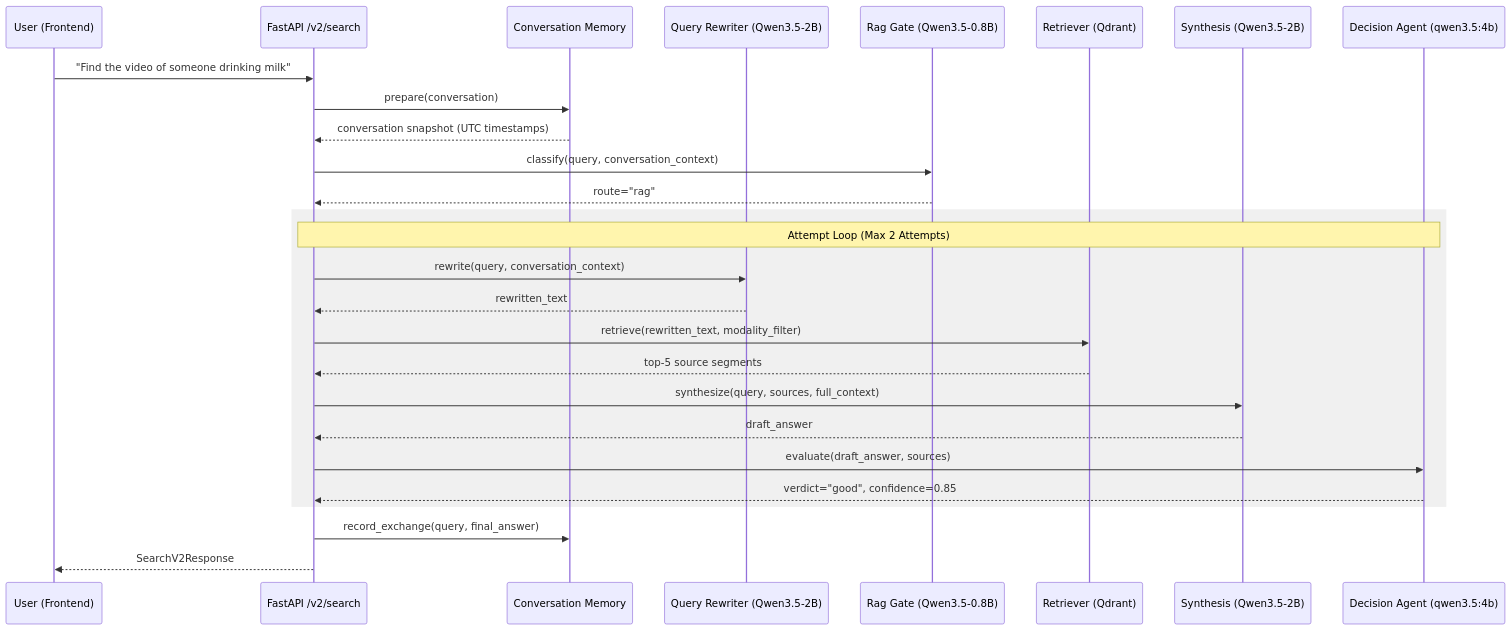
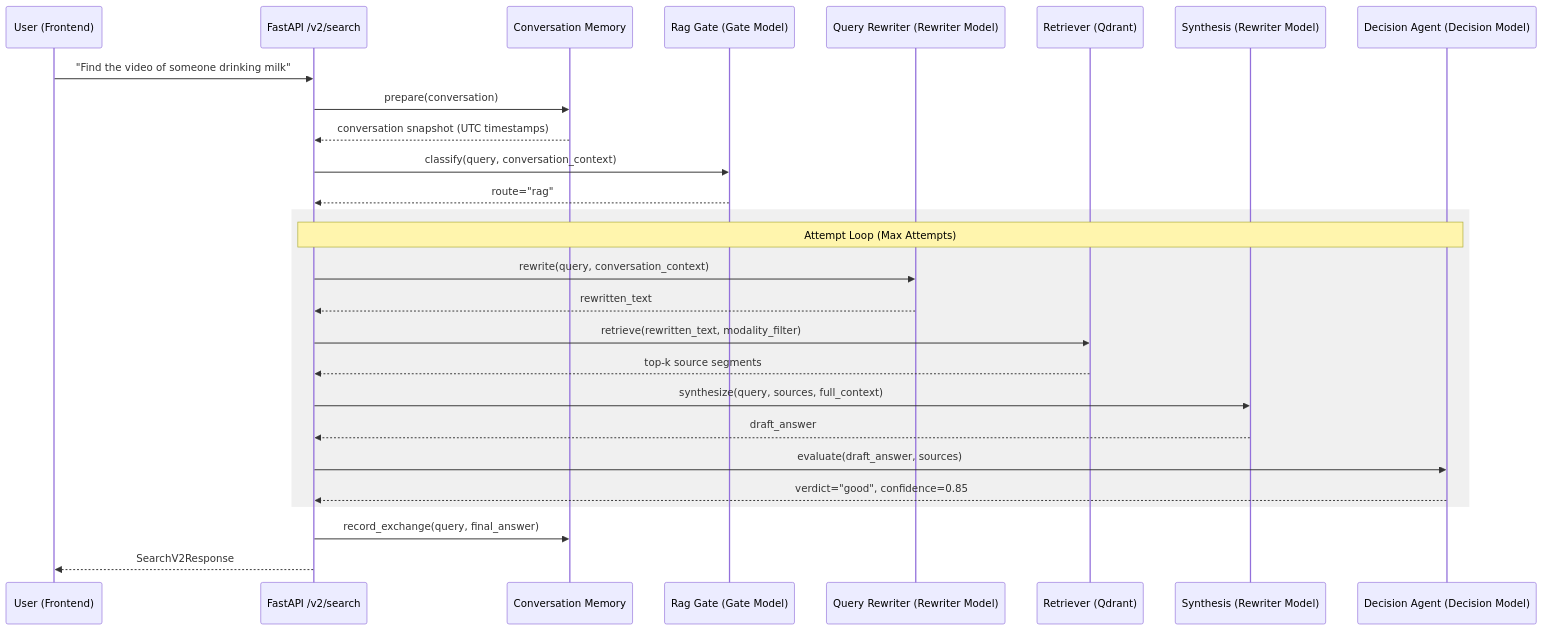
The sixth of 6 diagrams in docs/architecture/architecture.md (OmgItsAmmer/Scrutinize), drawn with Mermaid before and after one commit. The commit also changed other lines of this file and 10 other files, not shown here.

Commit message:
fix: context architectural flow fixed

````diff
--- a/docs/architecture/architecture.md
+++ b/docs/architecture/architecture.md
@@ -184,32 +230,32 @@
 ```mermaid
 sequenceDiagram
     participant U as User (Frontend)
     participant API as FastAPI /v2/search
     participant MEM as Conversation Memory
-    participant RW as Query Rewriter (Qwen3.5-2B)
-    participant G as Rag Gate (Qwen3.5-0.8B)
+    participant G as Rag Gate (Gate Model)
+    participant RW as Query Rewriter (Rewriter Model)
     participant R as Retriever (Qdrant)
-    participant S as Synthesis (Qwen3.5-2B)
-    participant D as Decision Agent (qwen3.5:4b)
+    participant S as Synthesis (Rewriter Model)
+    participant D as Decision Agent (Decision Model)
 
     U->>API: "Find the video of someone drinking milk"
     API->>MEM: prepare(conversation)
     MEM-->>API: conversation snapshot (UTC timestamps)
     API->>G: classify(query, conversation_context)
     G-->>API: route="rag"
     
     rect rgb(240, 240, 240)
-        Note over API, D: Attempt Loop (Max 2 Attempts)
+        Note over API, D: Attempt Loop (Max Attempts)
         API->>RW: rewrite(query, conversation_context)
         RW-->>API: rewritten_text
         API->>R: retrieve(rewritten_text, modality_filter)
-        R-->>API: top-5 source segments
+        R-->>API: top-k source segments
         API->>S: synthesize(query, sources, full_context)
         S-->>API: draft_answer
         API->>D: evaluate(draft_answer, sources)
         D-->>API: verdict="good", confidence=0.85
     end
 
     API->>MEM: record_exchange(query, final_answer)
     API-->>U: SearchV2Response
 ```
````
